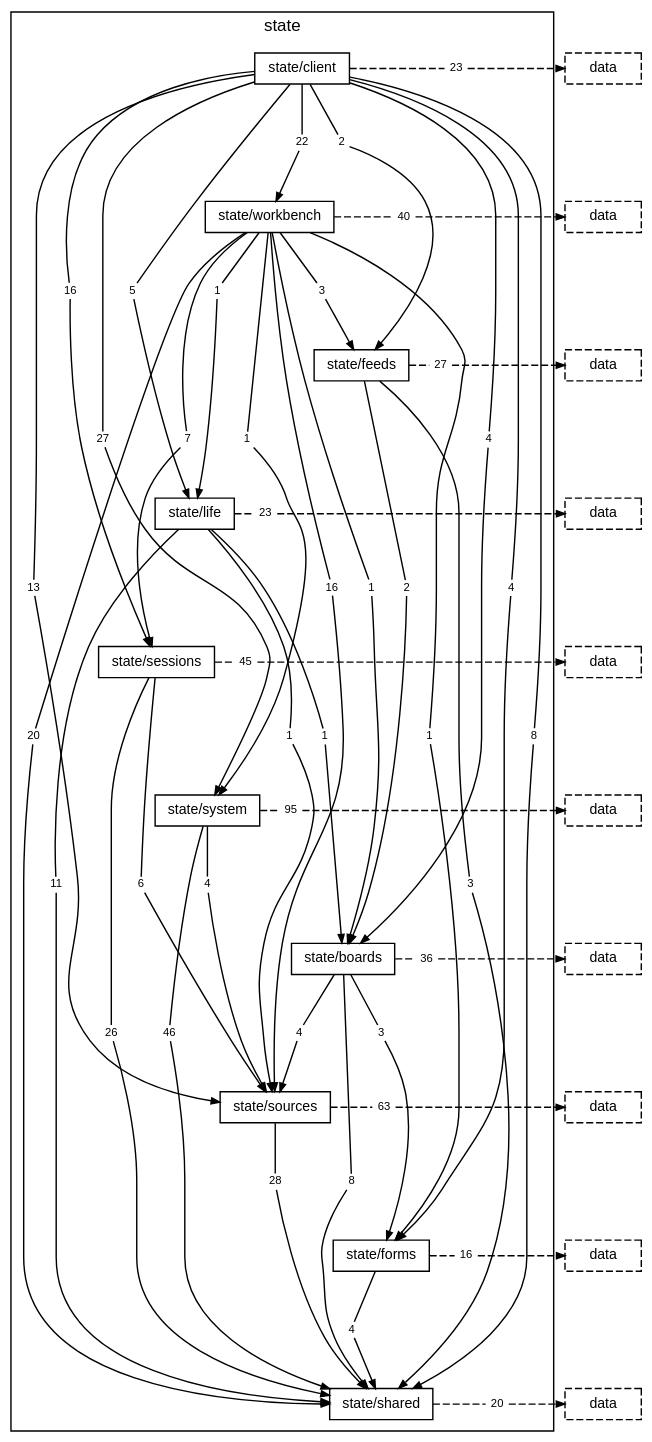
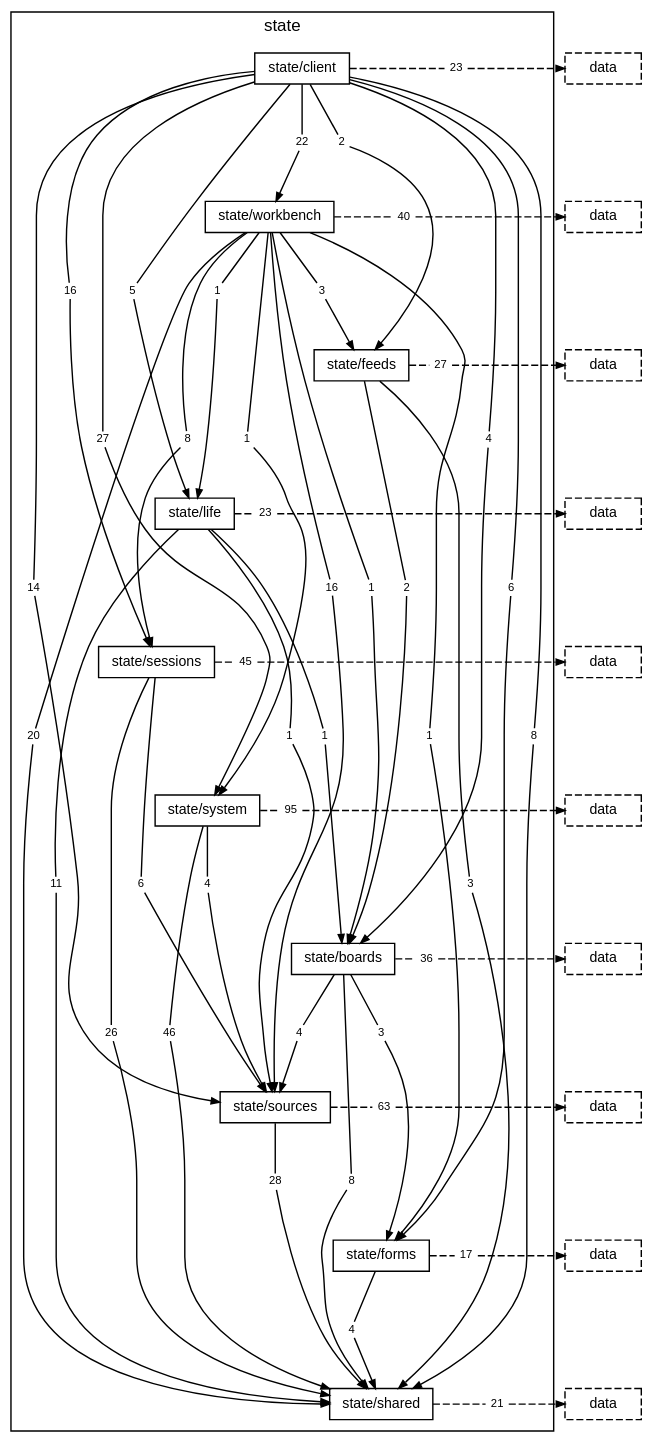
Before and after one commit to TheAxeC/oculus: the diagram in docs/diagrams/layer-state.dot, drawn with Graphviz. The commit also changed 230 other files, not shown here.

```diff
--- a/docs/diagrams/layer-state.dot
+++ b/docs/diagrams/layer-state.dot
@@ -16,11 +16,11 @@
         "folder state/shared" [label="state/shared"];
         "folder state/client to folder state/boards" [label="4", shape=box, color="transparent", fontsize=8, width=0, height=0, margin="0.04,0.02"];
         "folder state/client to folder state/feeds" [label="2", shape=box, color="transparent", fontsize=8, width=0, height=0, margin="0.04,0.02"];
-        "folder state/client to folder state/forms" [label="4", shape=box, color="transparent", fontsize=8, width=0, height=0, margin="0.04,0.02"];
+        "folder state/client to folder state/forms" [label="6", shape=box, color="transparent", fontsize=8, width=0, height=0, margin="0.04,0.02"];
         "folder state/client to folder state/life" [label="5", shape=box, color="transparent", fontsize=8, width=0, height=0, margin="0.04,0.02"];
         "folder state/client to folder state/sessions" [label="16", shape=box, color="transparent", fontsize=8, width=0, height=0, margin="0.04,0.02"];
         "folder state/client to folder state/shared" [label="8", shape=box, color="transparent", fontsize=8, width=0, height=0, margin="0.04,0.02"];
-        "folder state/client to folder state/sources" [label="13", shape=box, color="transparent", fontsize=8, width=0, height=0, margin="0.04,0.02"];
+        "folder state/client to folder state/sources" [label="14", shape=box, color="transparent", fontsize=8, width=0, height=0, margin="0.04,0.02"];
         "folder state/client to folder state/system" [label="27", shape=box, color="transparent", fontsize=8, width=0, height=0, margin="0.04,0.02"];
         "folder state/client to folder state/workbench" [label="22", shape=box, color="transparent", fontsize=8, width=0, height=0, margin="0.04,0.02"];
         "folder state/client to layer data" [label="23", shape=box, color="transparent", fontsize=8, width=0, height=0, margin="0.04,0.02"];
@@ -28,7 +28,7 @@
         "folder state/workbench to folder state/feeds" [label="3", shape=box, color="transparent", fontsize=8, width=0, height=0, margin="0.04,0.02"];
         "folder state/workbench to folder state/forms" [label="1", shape=box, color="transparent", fontsize=8, width=0, height=0, margin="0.04,0.02"];
         "folder state/workbench to folder state/life" [label="1", shape=box, color="transparent", fontsize=8, width=0, height=0, margin="0.04,0.02"];
-        "folder state/workbench to folder state/sessions" [label="7", shape=box, color="transparent", fontsize=8, width=0, height=0, margin="0.04,0.02"];
+        "folder state/workbench to folder state/sessions" [label="8", shape=box, color="transparent", fontsize=8, width=0, height=0, margin="0.04,0.02"];
         "folder state/workbench to folder state/shared" [label="20", shape=box, color="transparent", fontsize=8, width=0, height=0, margin="0.04,0.02"];
         "folder state/workbench to folder state/sources" [label="16", shape=box, color="transparent", fontsize=8, width=0, height=0, margin="0.04,0.02"];
         "folder state/workbench to folder state/system" [label="1", shape=box, color="transparent", fontsize=8, width=0, height=0, margin="0.04,0.02"];
@@ -53,8 +53,8 @@
         "folder state/sources to folder state/shared" [label="28", shape=box, color="transparent", fontsize=8, width=0, height=0, margin="0.04,0.02"];
         "folder state/sources to layer data" [label="63", shape=box, color="transparent", fontsize=8, width=0, height=0, margin="0.04,0.02"];
         "folder state/forms to folder state/shared" [label="4", shape=box, color="transparent", fontsize=8, width=0, height=0, margin="0.04,0.02"];
-        "folder state/forms to layer data" [label="16", shape=box, color="transparent", fontsize=8, width=0, height=0, margin="0.04,0.02"];
-        "folder state/shared to layer data" [label="20", shape=box, color="transparent", fontsize=8, width=0, height=0, margin="0.04,0.02"];
+        "folder state/forms to layer data" [label="17", shape=box, color="transparent", fontsize=8, width=0, height=0, margin="0.04,0.02"];
+        "folder state/shared to layer data" [label="21", shape=box, color="transparent", fontsize=8, width=0, height=0, margin="0.04,0.02"];
     }
     "layer data from folder state/client" [label="data", style=dashed];
     "layer data from folder state/workbench" [label="data", style=dashed];
```
